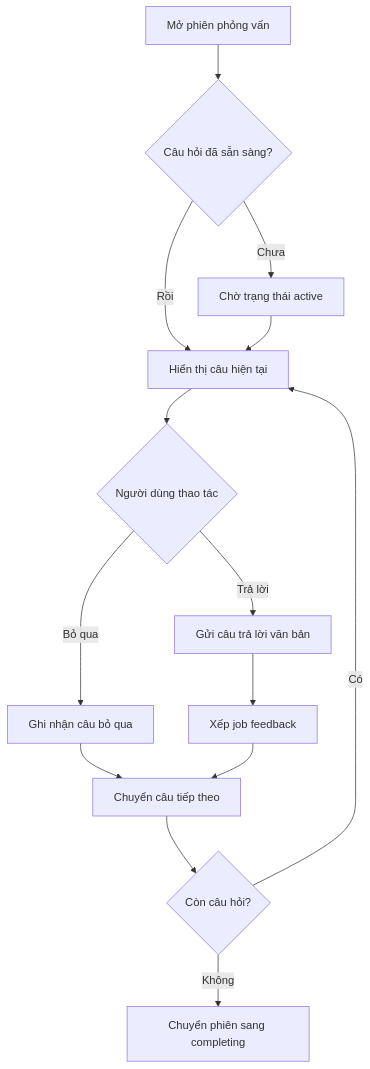
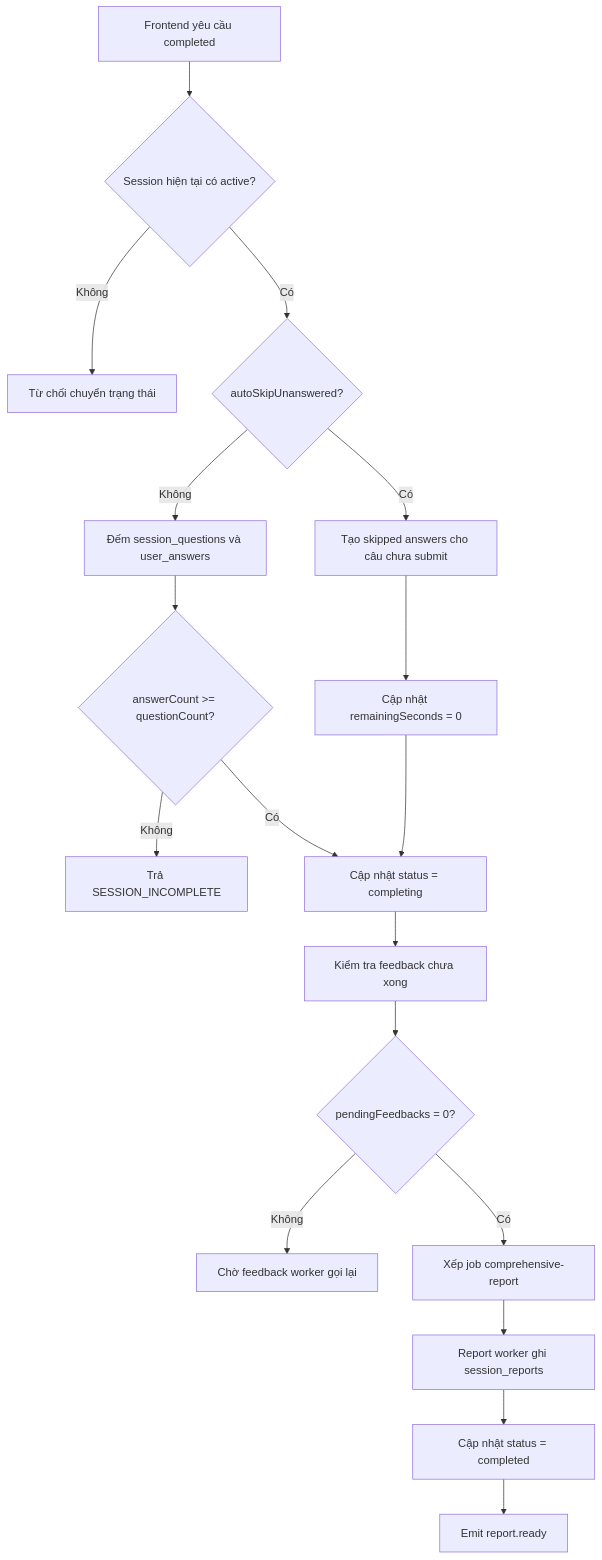
The ninth of 18 diagrams in docs/final_report/Chuong4.md (lethanhan01/interview-coach), drawn with Mermaid before and after one commit. The commit also changed other lines of this file and 2 other files, not shown here.

Commit message:
Sửa lại tài liệu tí

````diff
--- a/docs/final_report/Chuong4.md
+++ b/docs/final_report/Chuong4.md
@@ -558,16 +602,20 @@
 ```mermaid
 flowchart TD
-    A[Mở phiên phỏng vấn] --> B{Câu hỏi đã sẵn sàng?}
-    B -->|Chưa| C[Chờ trạng thái active]
-    B -->|Rồi| D[Hiển thị câu hiện tại]
-    C --> D
-    D --> E{Người dùng thao tác}
-    E -->|Trả lời| F[Gửi câu trả lời văn bản]
-    E -->|Bỏ qua| I[Ghi nhận câu bỏ qua]
-    F --> J[Xếp job feedback]
-    I --> K[Chuyển câu tiếp theo]
-    J --> K
-    K --> L{Còn câu hỏi?}
-    L -->|Có| D
-    L -->|Không| M[Chuyển phiên sang completing]
+    A[Frontend yêu cầu completed] --> B{Session hiện tại có active?}
+    B -->|Không| C[Từ chối chuyển trạng thái]
+    B -->|Có| D{autoSkipUnanswered?}
+    D -->|Không| E[Đếm session_questions và user_answers]
+    E --> F{answerCount >= questionCount?}
+    F -->|Không| G[Trả SESSION_INCOMPLETE]
+    F -->|Có| J[Cập nhật status = completing]
+    D -->|Có| H[Tạo skipped answers cho câu chưa submit]
+    H --> I[Cập nhật remainingSeconds = 0]
+    I --> J
+    J --> K[Kiểm tra feedback chưa xong]
+    K --> L{pendingFeedbacks = 0?}
+    L -->|Không| M[Chờ feedback worker gọi lại]
+    L -->|Có| N[Xếp job comprehensive-report]
+    N --> O[Report worker ghi session_reports]
+    O --> P[Cập nhật status = completed]
+    P --> Q[Emit report.ready]
 ```
````
